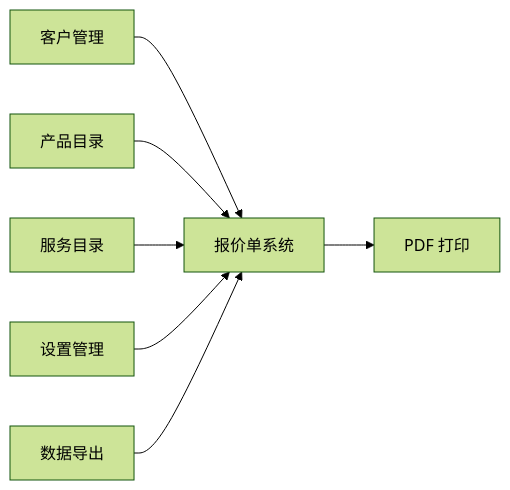
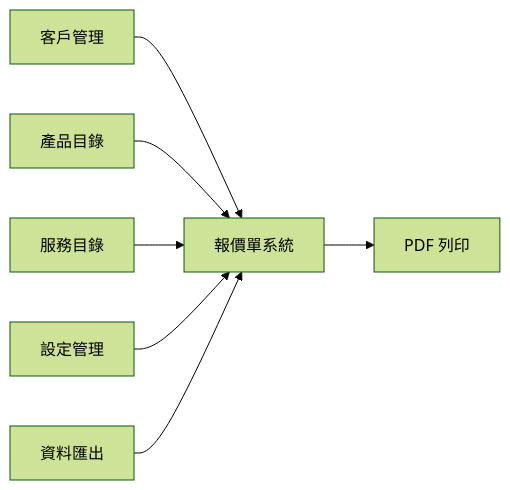
One commit to DylanChiang-Dev/quotabase-lite changed the second of 2 diagrams in CLAUDE.md. Above: the diagram before and after it, drawn with Mermaid (forest theme). The commit also changed other lines of this file and 61 other files, not shown here.

````diff
--- a/CLAUDE.md
+++ b/CLAUDE.md
@@ -40,9 +40,9 @@
 ```mermaid
 graph LR
-    A[客户管理] --> F[报价单系统]
-    B[产品目录] --> F
-    C[服务目录] --> F
-    D[设置管理] --> F
-    E[数据导出] --> F
-    F --> G[PDF 打印]
+    A[客戶管理] --> F[報價單系統]
+    B[產品目錄] --> F
+    C[服務目錄] --> F
+    D[設定管理] --> F
+    E[資料匯出] --> F
+    F --> G[PDF 列印]
 ```
````
